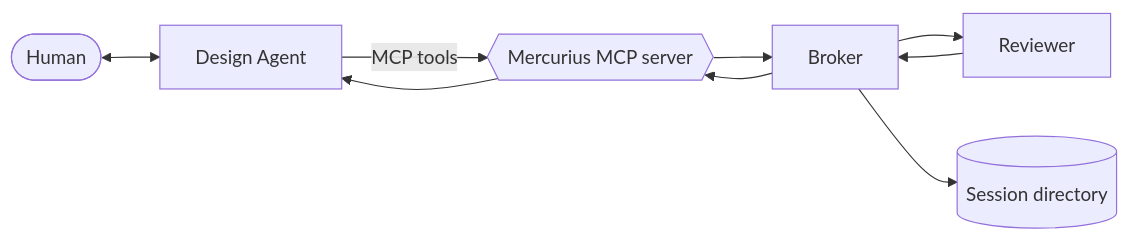
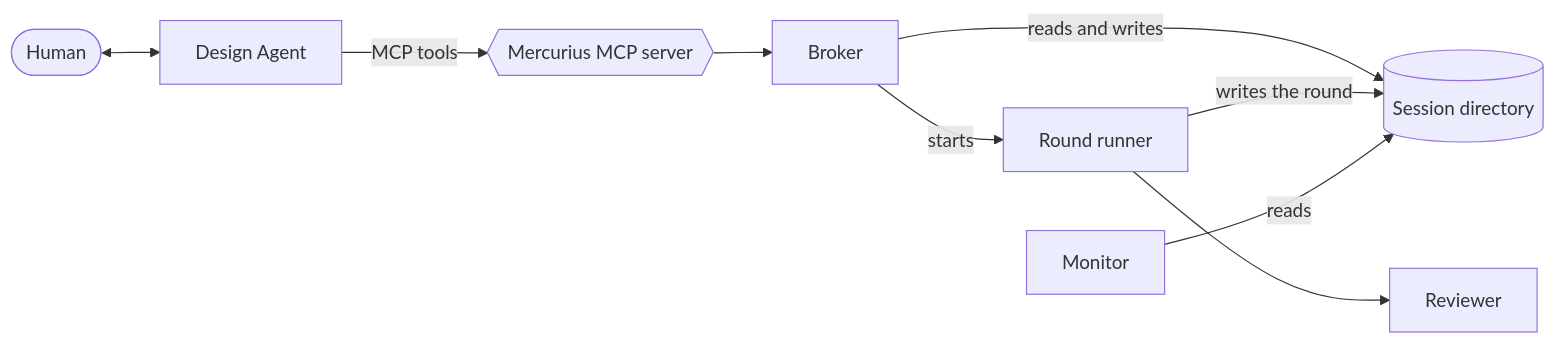
One commit to michaelquigley/mercurius changed the diagram in docs/current/architecture.md. Above: the diagram before and after it, drawn with Mermaid. The commit also changed other lines of this file and 45 other files, not shown here.

````diff
--- a/docs/current/architecture.md
+++ b/docs/current/architecture.md
@@ -5,18 +5,20 @@
 ```mermaid
 flowchart LR
     Human([Human])
     DA[Design Agent]
     M{{Mercurius MCP server}}
     B[Broker]
+    RN[Round runner]
     R[Reviewer]
     FS[(Session directory)]
+    MON[Monitor]
 
     Human <--> DA
     DA -- MCP tools --> M
     M --> B
-    B --> R
-    B --> FS
-    R --> B
-    B --> M
-    M --> DA
+    B -- reads and writes --> FS
+    B -- starts --> RN
+    RN --> R
+    RN -- writes the round --> FS
+    MON -- reads --> FS
 ```
````
